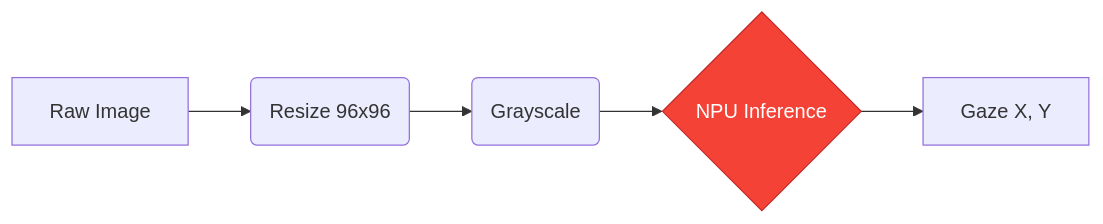
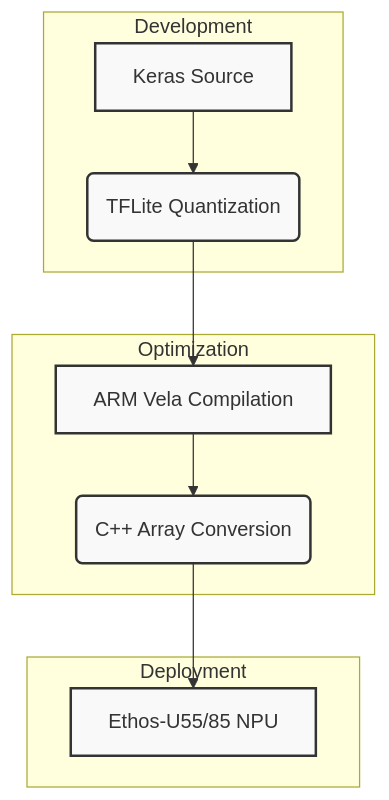
One commit to Mani-02nev/DeepVog-Ai-model- changed the diagram in README.md. Above: the diagram before and after it, drawn with Mermaid. The commit also changed other lines of this file and 2 other files, not shown here.

Commit message:
Complete project deployment: High-end documentation and production output files included

````diff
--- a/README.md
+++ b/README.md
@@ -28,9 +21,16 @@
 ```mermaid
-graph LR
-    A[Raw Image] --> B(Resize 96x96)
-    B --> C(Grayscale)
-    C --> D{NPU Inference}
-    D --> E[Gaze X, Y]
+graph TD
+    subgraph Development
+        A[Keras Source] --> B(TFLite Quantization)
+    end
+    subgraph Optimization
+        B --> C[ARM Vela Compilation]
+        C --> D(C++ Array Conversion)
+    end
+    subgraph Deployment
+        D --> E[Ethos-U55/85 NPU]
+    end
     
-    style D fill:#f44336,stroke:#c62828,color:#fff
+    classDef main fill:#f9f9f9,stroke:#333,stroke-width:2px;
+    class A,B,C,D,E main;
 ```
````
